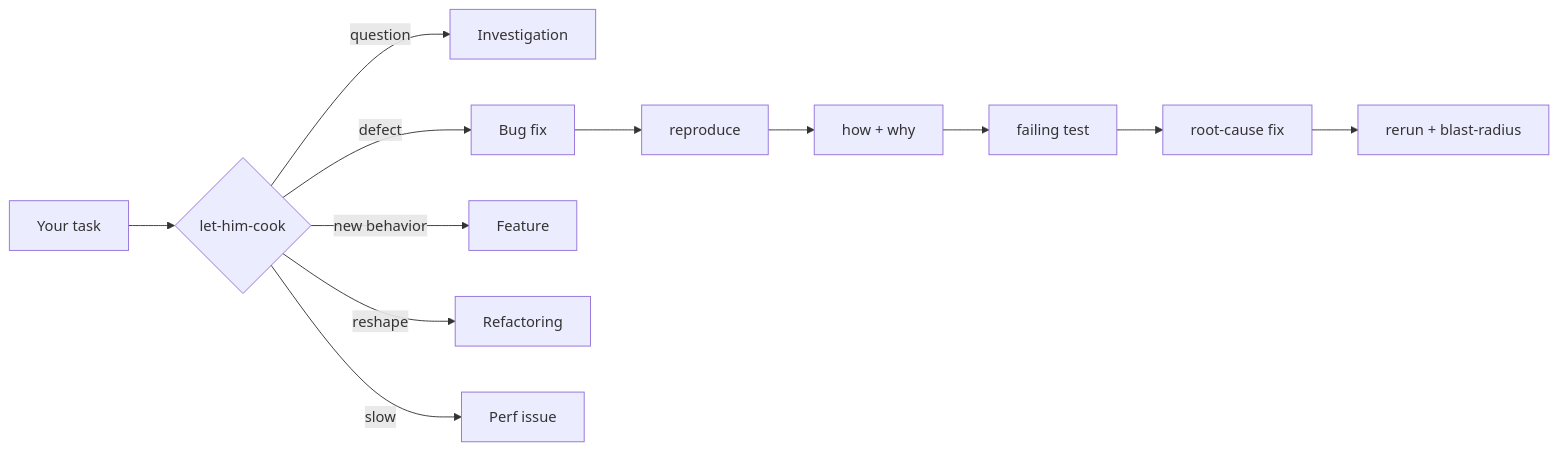
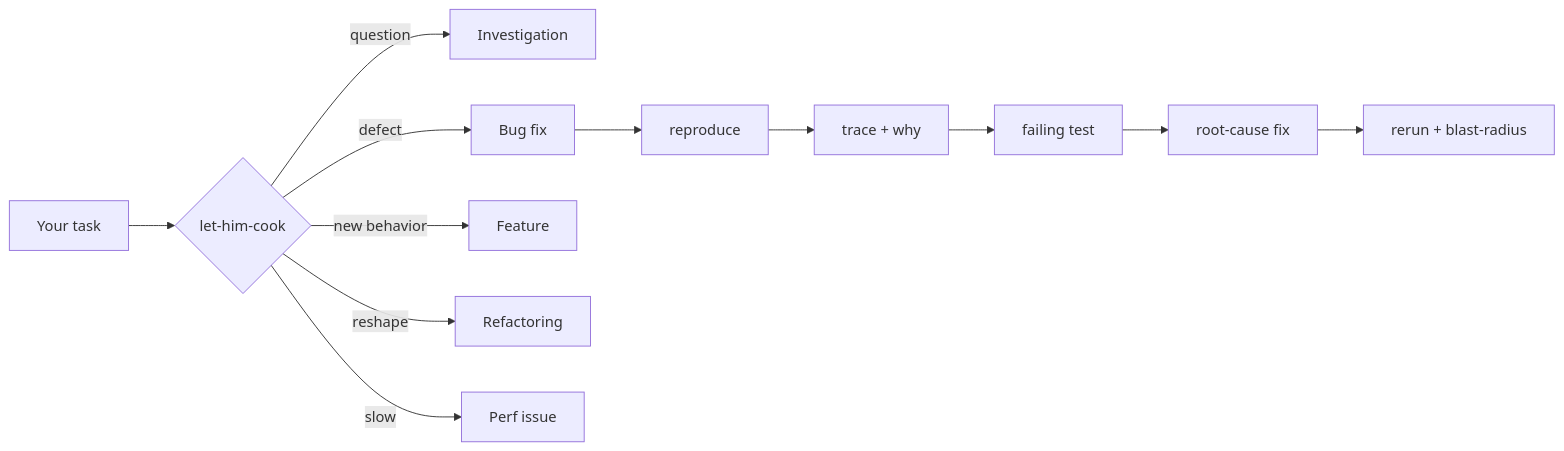
Before and after one commit to KyrosHendrix/skills: the diagram in README.md, drawn with Mermaid. The commit also changed other lines of this file and 452 other files, not shown here.

````diff
--- a/README.md
+++ b/README.md
@@ -11,10 +11,10 @@
 ```mermaid
 flowchart LR
     T[Your task] --> R{let-him-cook}
     R -->|question| I[Investigation]
     R -->|defect| B[Bug fix]
     R -->|new behavior| F[Feature]
     R -->|reshape| X[Refactoring]
     R -->|slow| P[Perf issue]
-    B --> B1[reproduce] --> B2[how + why] --> B3[failing test] --> B4[root-cause fix] --> B5[rerun + blast-radius]
+    B --> B1[reproduce] --> B2[trace + why] --> B3[failing test] --> B4[root-cause fix] --> B5[rerun + blast-radius]
 ```
````
